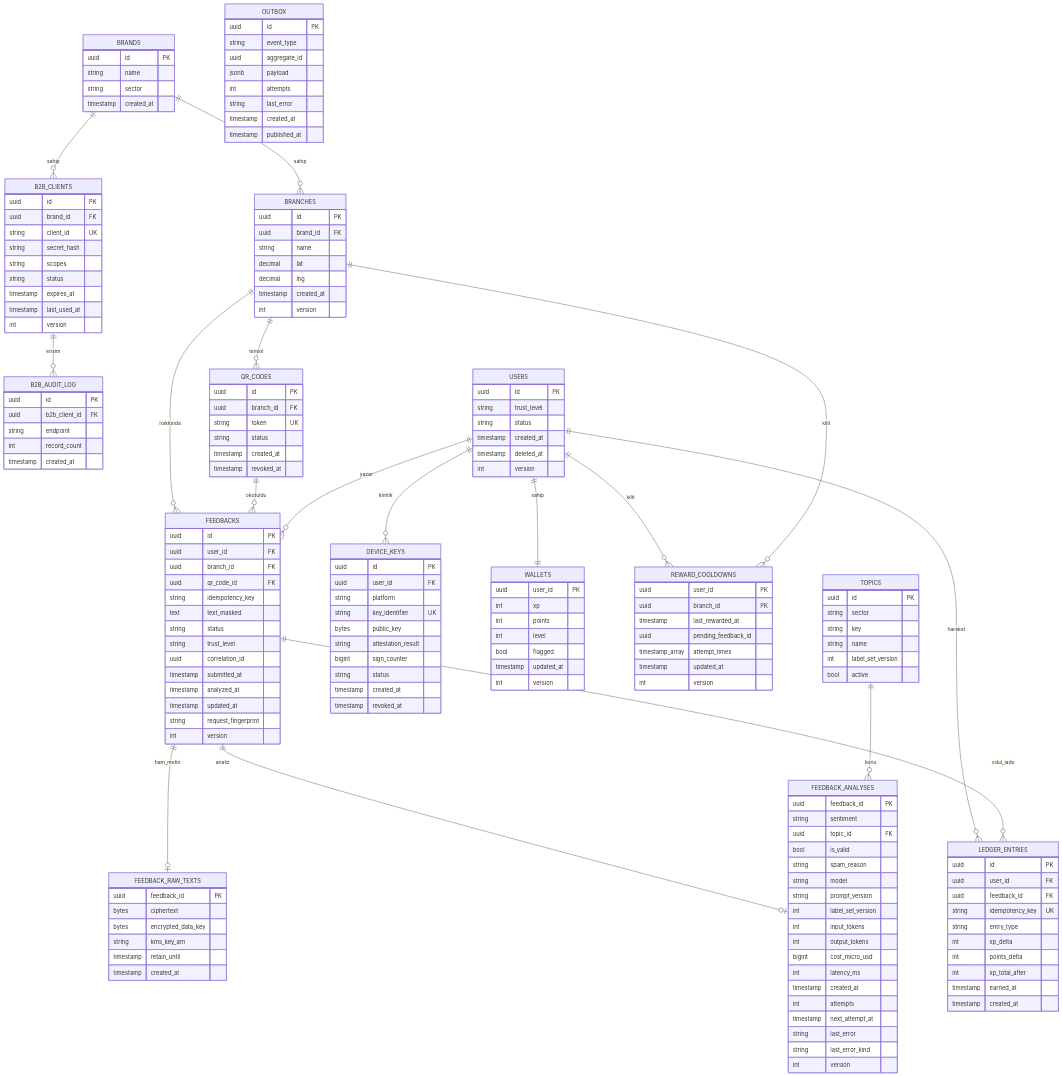
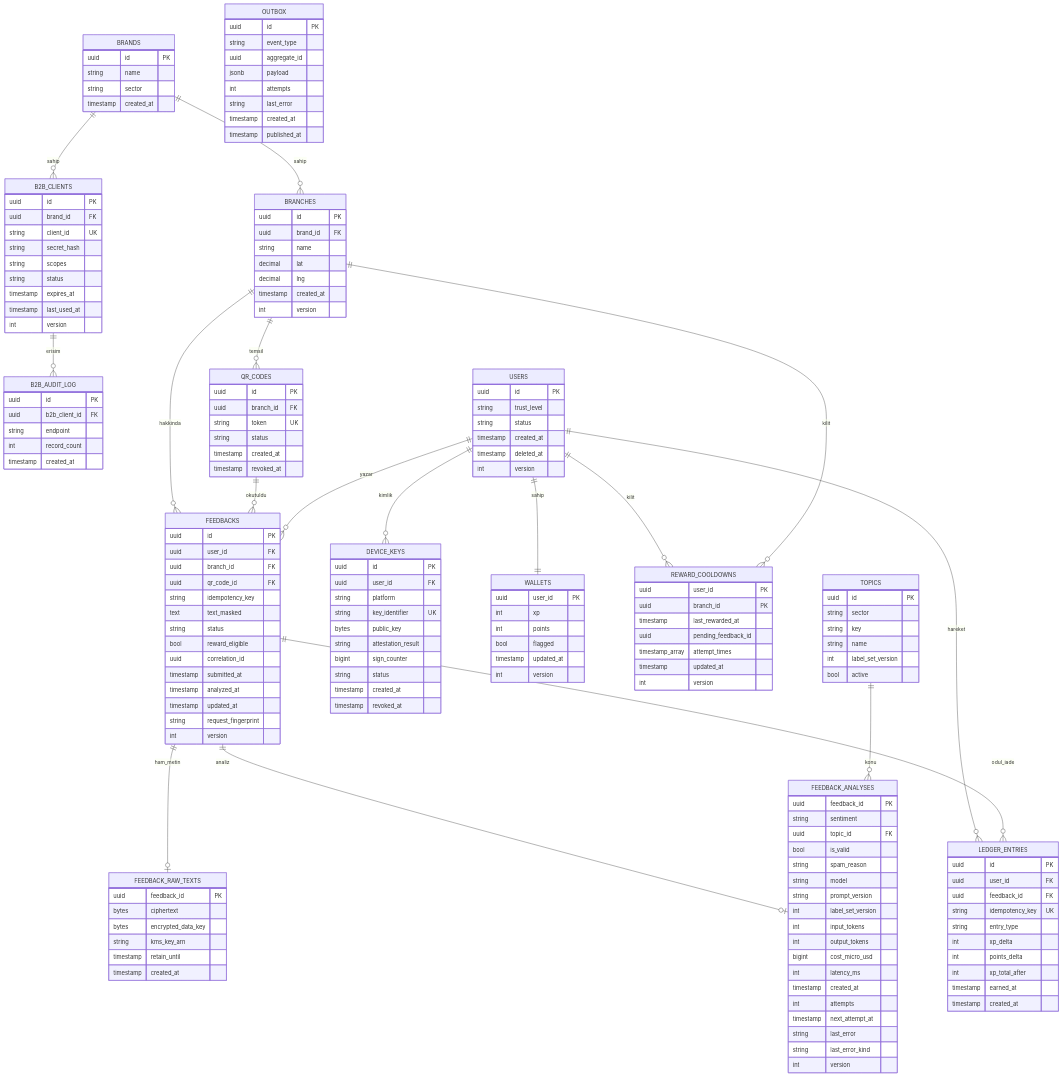
Before and after one commit to dev-murchi/gemified-feedback-loyalty-project-demo: the second of 3 diagrams in docs/02-yazilim-tasarim-dokumani-SDD.md, drawn with Mermaid. The commit also changed other lines of this file and 5 other files, not shown here.

```diff
--- a/docs/02-yazilim-tasarim-dokumani-SDD.md
+++ b/docs/02-yazilim-tasarim-dokumani-SDD.md
@@ -232,7 +232,6 @@
     uuid user_id PK
     int xp
     int points
-    int level
     bool flagged
     timestamp updated_at
     int version
@@ -257,7 +256,7 @@
     string idempotency_key
     text text_masked
     string status
-    string trust_level
+    bool reward_eligible
     uuid correlation_id
     timestamp submitted_at
     timestamp analyzed_at
```
